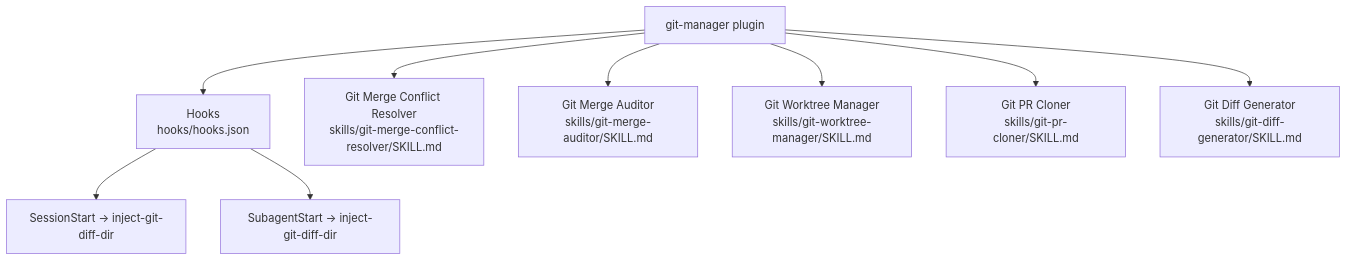
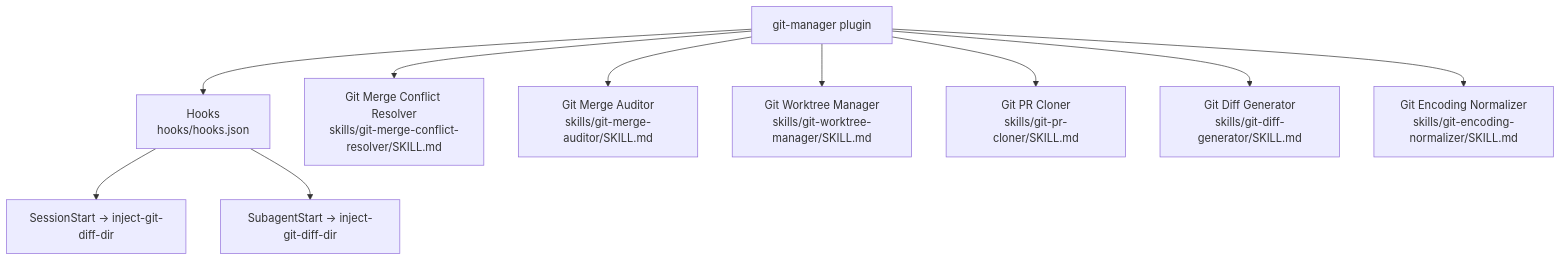
The diagram in plugins/git-manager/README.md (dimpletz/prompts-collection), drawn with Mermaid before and after one commit. The commit also changed other lines of this file and 33 other files, not shown here.

````diff
--- a/plugins/git-manager/README.md
+++ b/plugins/git-manager/README.md
@@ -41,12 +42,13 @@
 ```mermaid
 graph TD
     A[git-manager plugin]
     A --> H[Hooks<br/>hooks/hooks.json]
     H --> S1[SessionStart → inject-git-diff-dir]
     H --> S2[SubagentStart → inject-git-diff-dir]
     A --> B[Git Merge Conflict Resolver<br/>skills/git-merge-conflict-resolver/SKILL.md]
     A --> C[Git Merge Auditor<br/>skills/git-merge-auditor/SKILL.md]
     A --> D[Git Worktree Manager<br/>skills/git-worktree-manager/SKILL.md]
     A --> E[Git PR Cloner<br/>skills/git-pr-cloner/SKILL.md]
     A --> F[Git Diff Generator<br/>skills/git-diff-generator/SKILL.md]
+    A --> G[Git Encoding Normalizer<br/>skills/git-encoding-normalizer/SKILL.md]
 ```
````
